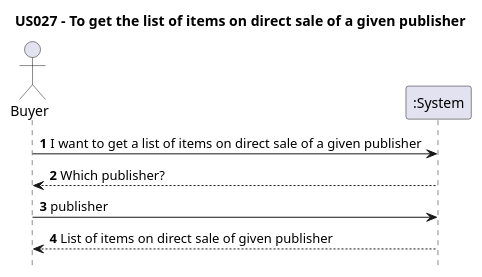
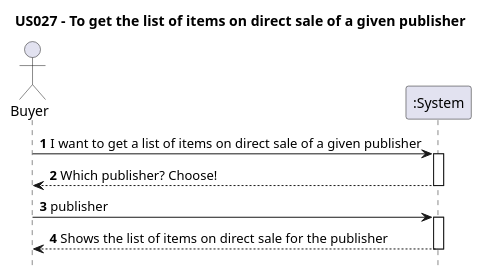
The diagram in Diagrams/SequenceDiagrams/N1/US027-to-get-list-of-items-on-direct-sale-of-given-publisher.puml (AndrePereiraGitH/SWitCH-Project-Team_A), drawn with PlantUML before and after one commit. The commit also changed 2 other files, not shown here.

```diff
--- a/Diagrams/SequenceDiagrams/N1/US027-to-get-list-of-items-on-direct-sale-of-given-publisher.puml
+++ b/Diagrams/SequenceDiagrams/N1/US027-to-get-list-of-items-on-direct-sale-of-given-publisher.puml
@@ -1,16 +1,19 @@
 @startuml
 'https://plantuml.com/sequence-diagram
 
 hide footbox
 title US027 - To get the list of items on direct sale of a given publisher
 
 actor Buyer
 participant ":System" as System
 
 Buyer -> System : **1** I want to get a list of items on direct sale of a given publisher
-Buyer <-- System : **2** Which publisher?
+activate System
+Buyer <-- System : **2** Which publisher? Choose!
+deactivate System
 Buyer -> System : **3** publisher
-
-System --> Buyer : **4** List of items on direct sale of given publisher
+activate System
+System --> Buyer : **4** Shows the list of items on direct sale for the publisher
+deactivate System
 
 @enduml
```
